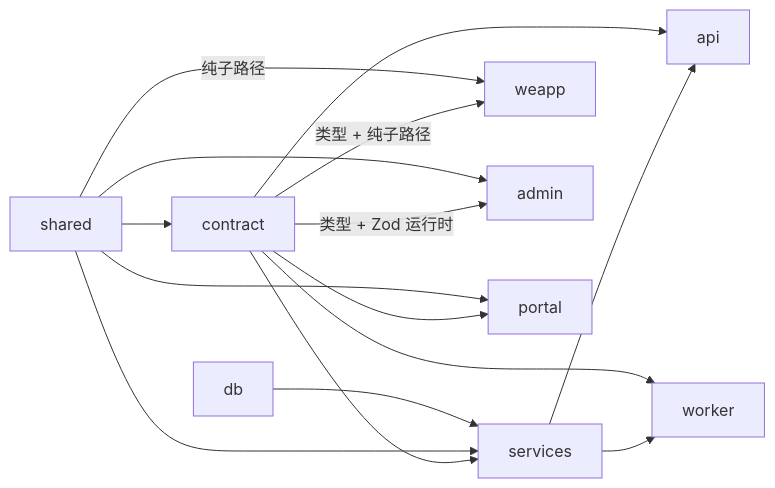
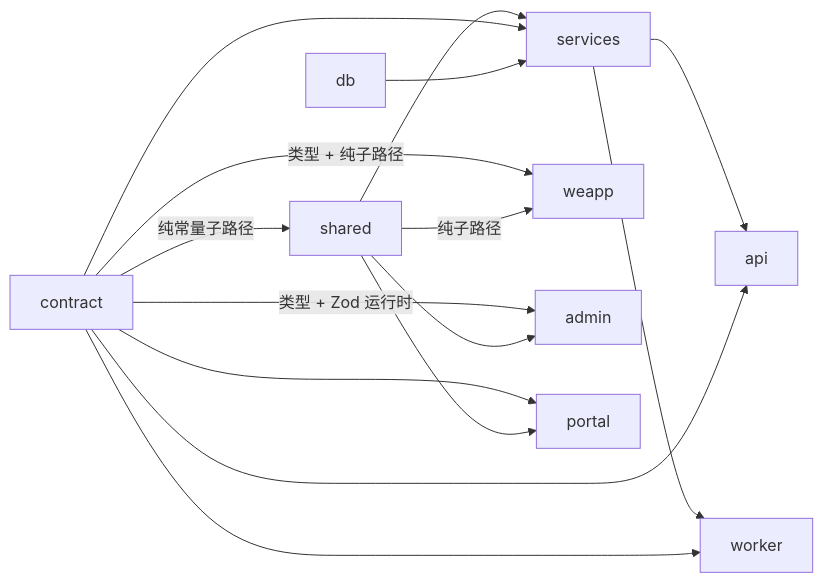
The first of 8 diagrams in docs/appendix/design/d7-platform.md (byfire-dev/liyoxi-project), drawn with Mermaid before and after one commit. The commit also changed other lines of this file and 3 other files, not shown here.

````diff
--- a/docs/appendix/design/d7-platform.md
+++ b/docs/appendix/design/d7-platform.md
@@ -123,16 +123,16 @@
 ```mermaid
 flowchart LR
-  shared --> contract --> services
-  shared --> services
+  contract -->|"纯常量子路径"| shared --> services
+  contract --> services
   db --> services
   services --> api
   services --> worker
   contract --> api
   contract --> worker
   contract -->|"类型 + 纯子路径"| weapp
   shared -->|"纯子路径"| weapp
   contract -->|"类型 + Zod 运行时"| admin
   shared --> admin
   contract --> portal
   shared --> portal
 ```
````
